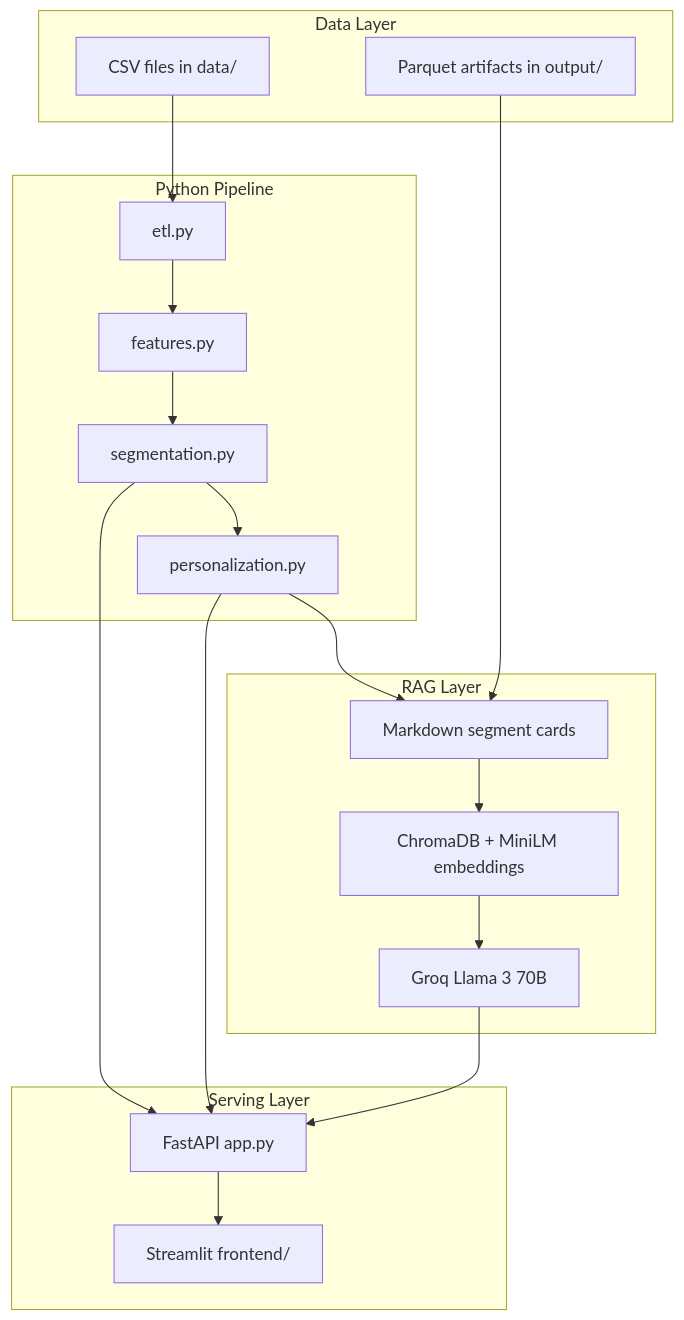
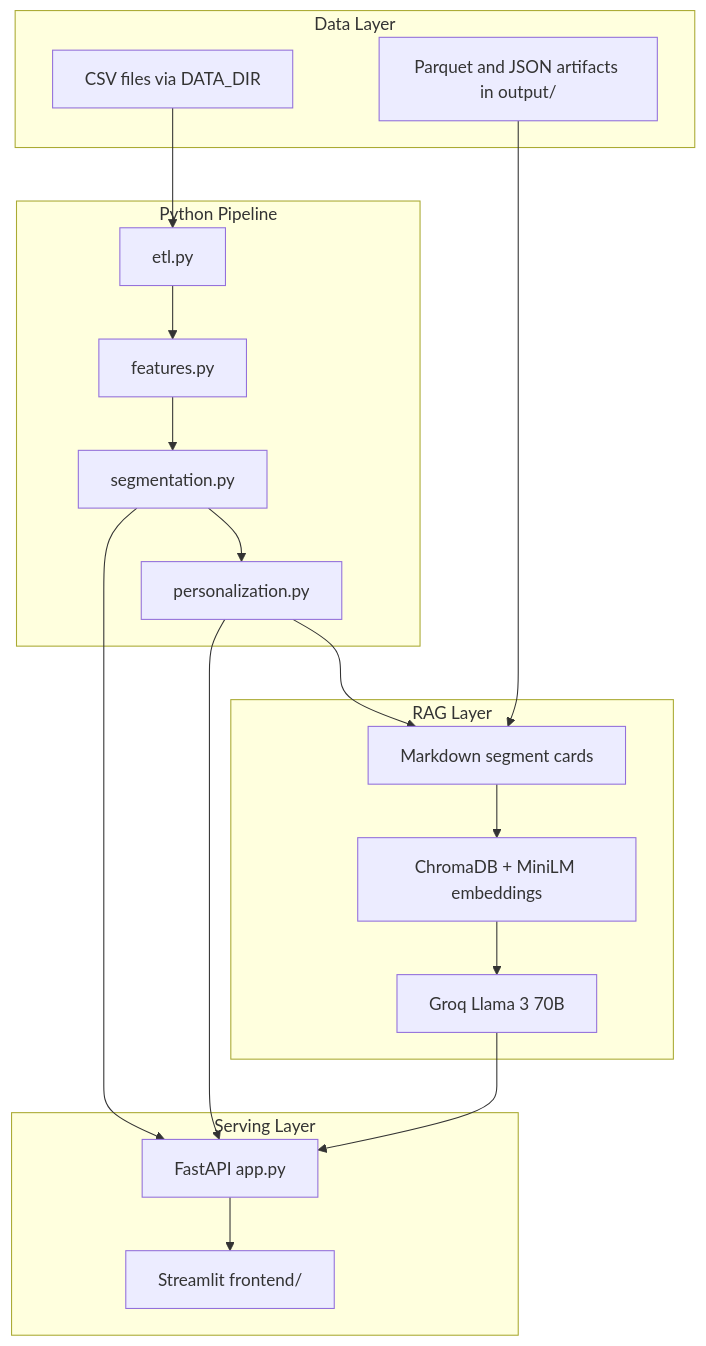
One commit to Krishnendu-Chaudhuri/customer-segmentation-rag-platform changed the diagram in README.md. Above: the diagram before and after it, drawn with Mermaid. The commit also changed other lines of this file and 32 other files, not shown here.

````diff
--- a/README.md
+++ b/README.md
@@ -7,34 +70,34 @@
 ```mermaid
 flowchart TB
-  subgraph data [Data Layer]
-    csv[CSV files in data/]
-    parquet[Parquet artifacts in output/]
+  subgraph dataLayer [Data Layer]
+    csv[CSV files via DATA_DIR]
+    parquet[Parquet and JSON artifacts in output/]
   end
 
   subgraph pipeline [Python Pipeline]
     etl[etl.py]
     features[features.py]
     segmentation[segmentation.py]
     personalization[personalization.py]
   end
 
-  subgraph rag [RAG Layer]
+  subgraph ragLayer [RAG Layer]
     cards[Markdown segment cards]
     chroma[ChromaDB + MiniLM embeddings]
     groq[Groq Llama 3 70B]
   end
 
   subgraph serve [Serving Layer]
     api[FastAPI app.py]
     ui[Streamlit frontend/]
   end
 
   csv --> etl --> features --> segmentation --> personalization
   parquet --> cards --> chroma
   chroma --> groq
   personalization --> cards
   segmentation --> api
   personalization --> api
   groq --> api
   api --> ui
 ```
````
